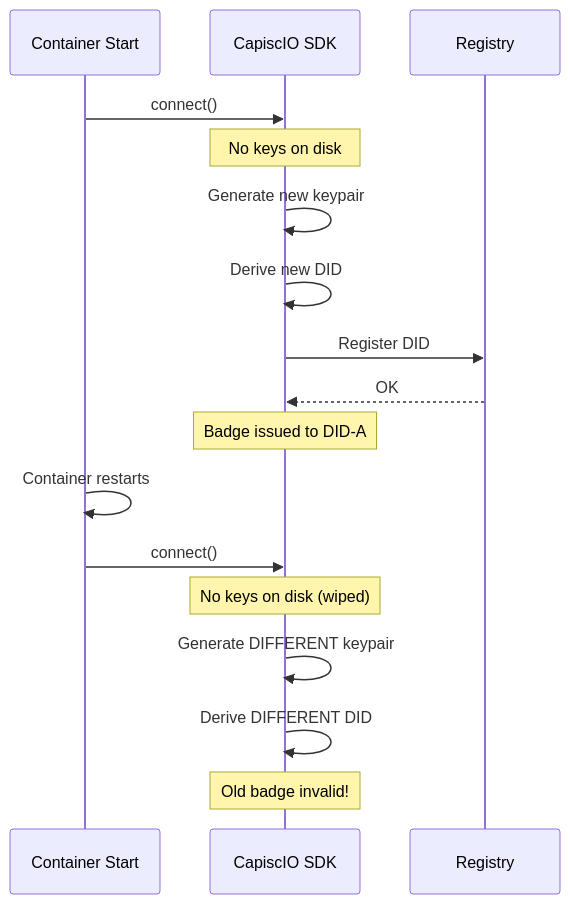
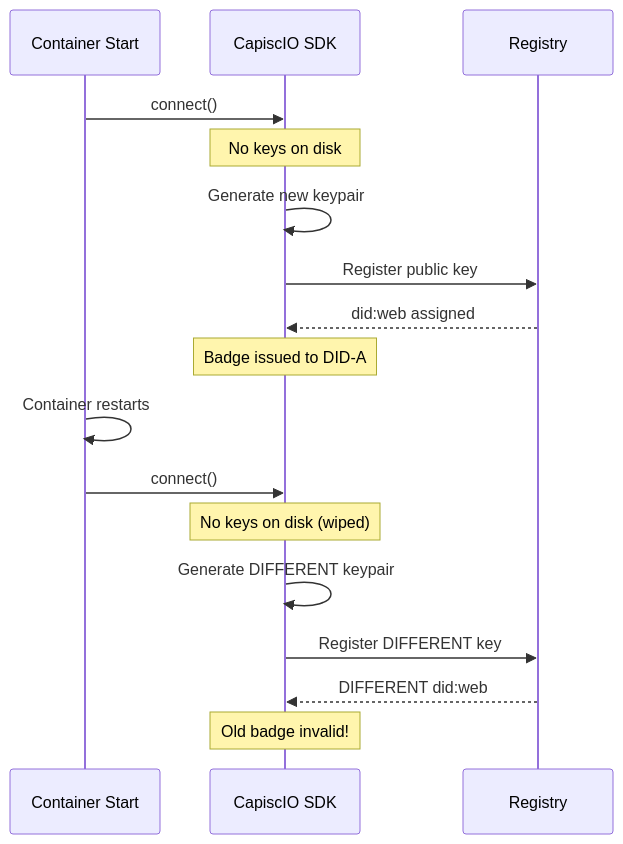
Before and after one commit to capiscio/capiscio-docs: the diagram in docs/how-to/security/ephemeral-deployment.md, drawn with Mermaid.

Commit message:
fix(docs): correct did:key → did:web in Mermaid diagram
The registry assigns did:web when an API key is used. did:key is only
for local dev mode without a registry.

````diff
--- a/docs/how-to/security/ephemeral-deployment.md
+++ b/docs/how-to/security/ephemeral-deployment.md
@@ -16,21 +16,21 @@
 ```mermaid
 sequenceDiagram
     participant C as Container Start
     participant SDK as CapiscIO SDK
     participant R as Registry
     
     C->>SDK: connect()
     Note over SDK: No keys on disk
     SDK->>SDK: Generate new keypair
-    SDK->>SDK: Derive new DID
-    SDK->>R: Register DID
-    R-->>SDK: OK
+    SDK->>R: Register public key
+    R-->>SDK: did:web assigned
     Note over SDK: Badge issued to DID-A
     
     C->>C: Container restarts
     C->>SDK: connect()
     Note over SDK: No keys on disk (wiped)
     SDK->>SDK: Generate DIFFERENT keypair
-    SDK->>SDK: Derive DIFFERENT DID
+    SDK->>R: Register DIFFERENT key
+    R-->>SDK: DIFFERENT did:web
     Note over SDK: Old badge invalid!
 ```
````
